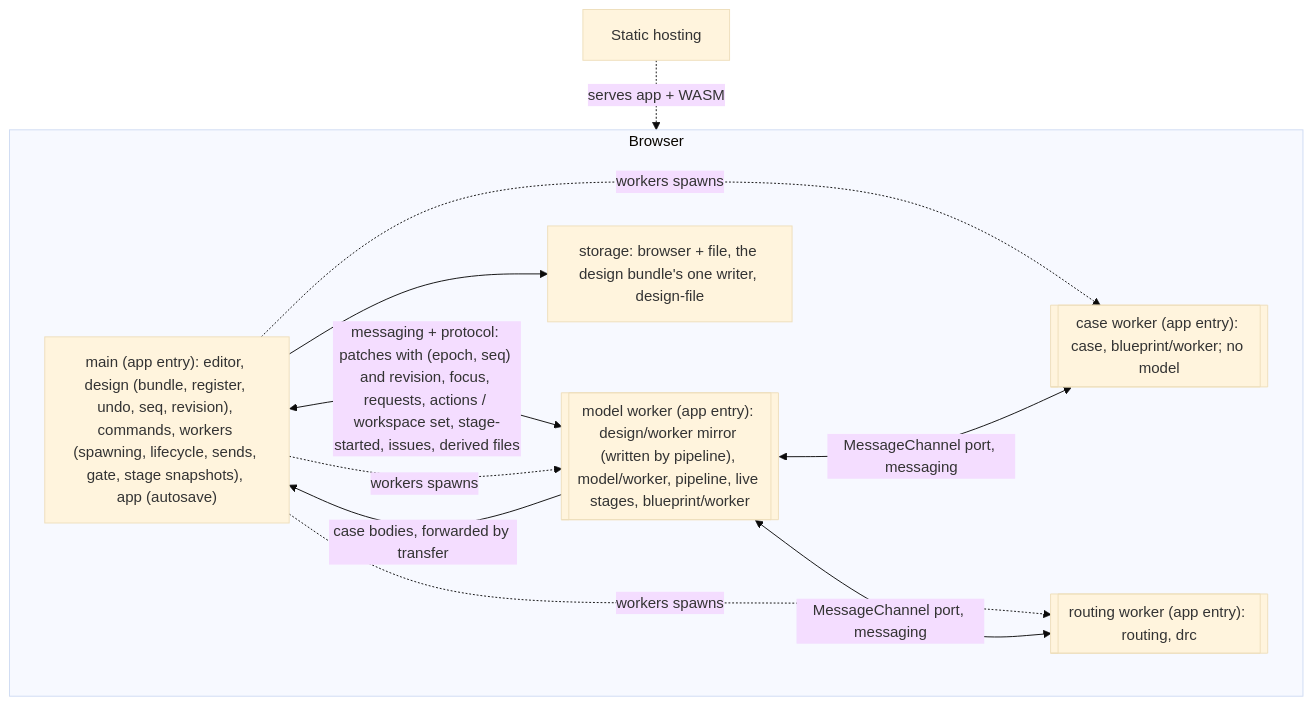
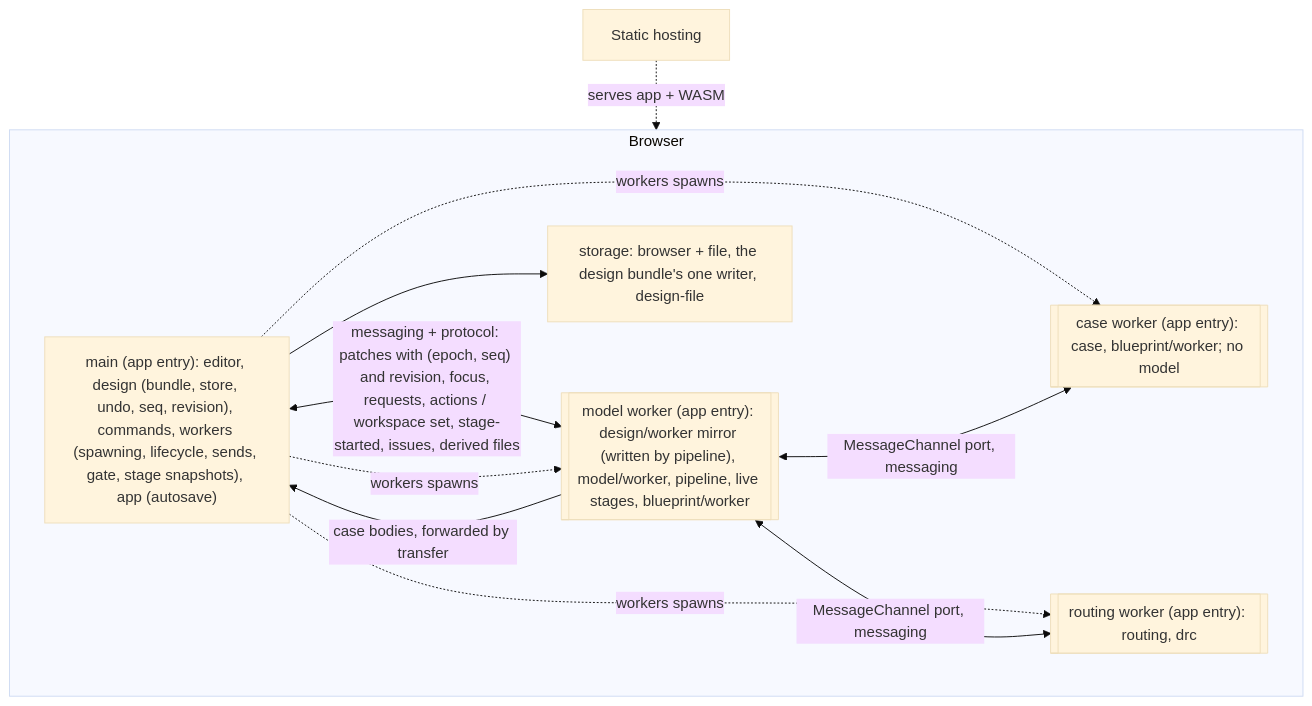
Before and after one commit to KeebCAD/keeb-cad: the fourth of 4 diagrams in _bmad-output/architecture-keeb-cad-layout-model/architecture-keeb-cad-layout-model.md, drawn with Mermaid (base theme). The commit also changed other lines of this file and 3 other files, not shown here.

First line of the commit message:
docs: merge register and state into DesignStore in the spine

````diff
--- a/_bmad-output/architecture-keeb-cad-layout-model/architecture-keeb-cad-layout-model.md
+++ b/_bmad-output/architecture-keeb-cad-layout-model/architecture-keeb-cad-layout-model.md
@@ -1099,12 +1099,12 @@
 ```mermaid
 graph TD
   subgraph Browser
-    E["main (app entry): editor, design (bundle, register, undo, seq, revision), commands, workers (spawning, lifecycle, sends, gate, stage snapshots), app (autosave)"] <-->|"messaging + protocol: patches with (epoch, seq) and revision, focus, requests, actions / workspace set, stage-started, issues, derived files"| MW[["model worker (app entry): design/worker mirror (written by pipeline), model/worker, pipeline, live stages, blueprint/worker"]]
+    E["main (app entry): editor, design (bundle, store, undo, seq, revision), commands, workers (spawning, lifecycle, sends, gate, stage snapshots), app (autosave)"] <-->|"messaging + protocol: patches with (epoch, seq) and revision, focus, requests, actions / workspace set, stage-started, issues, derived files"| MW[["model worker (app entry): design/worker mirror (written by pipeline), model/worker, pipeline, live stages, blueprint/worker"]]
     E -.->|workers spawns| MW & W1 & W2
     MW <-->|MessageChannel port, messaging| W1[["case worker (app entry): case, blueprint/worker; no model"]]
     MW <-->|MessageChannel port, messaging| W2[["routing worker (app entry): routing, drc"]]
     MW -->|case bodies, forwarded by transfer| E
     E --> ST["storage: browser + file, the design bundle's one writer, design-file"]
   end
   H[Static hosting] -.serves app + WASM.-> Browser
 ```
````
